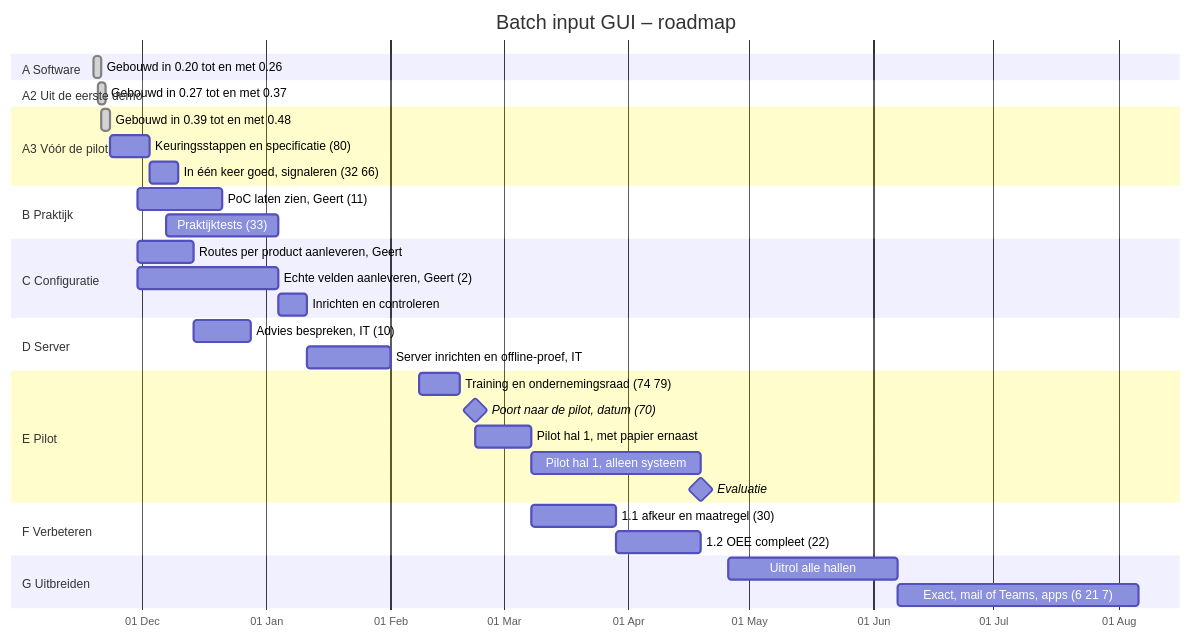
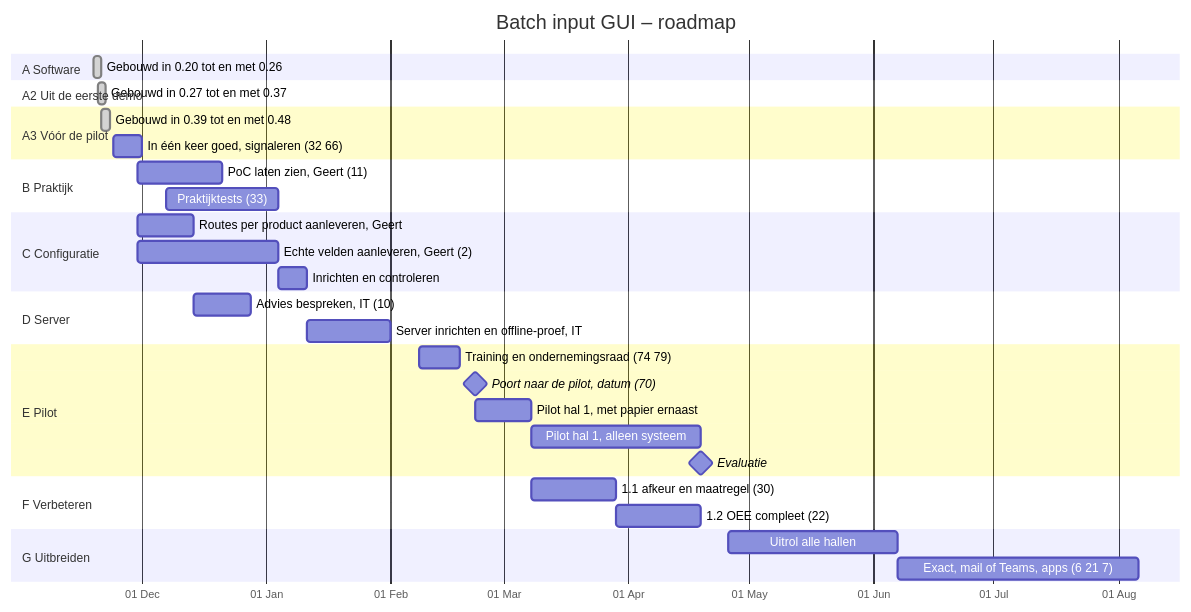
Before and after one commit to Gertjun/Manufacturing-Execution-System: the diagram in ROADMAP.md, drawn with Mermaid. The commit also changed other lines of this file and 50 other files, not shown here.

````diff
--- a/ROADMAP.md
+++ b/ROADMAP.md
@@ -12,46 +12,45 @@
 ```mermaid
 gantt
     title Batch input GUI – roadmap
     dateFormat YYYY-MM-DD
     axisFormat %d %b
     todayMarker on
 
     section A Software
     Gebouwd in 0.20 tot en met 0.26          :done, a1, 2026-11-19, 2d
 
     section A2 Uit de eerste demo
     Gebouwd in 0.27 tot en met 0.37          :done, a2, 2026-11-20, 2d
 
     section A3 Vóór de pilot
     Gebouwd in 0.39 tot en met 0.48          :done, a3a, 2026-11-21, 2d
-    Keuringsstappen en specificatie (80)     :a3c, 2026-11-23, 10d
-    In één keer goed, signaleren (32 66)     :a3b, after a3c, 7d
+    In één keer goed, signaleren (32 66)     :a3b, 2026-11-24, 7d
 
     section B Praktijk
     PoC laten zien, Geert (11)               :b1, 2026-11-30, 21d
     Praktijktests (33)                       :b2, 2026-12-07, 28d
 
     section C Configuratie
     Routes per product aanleveren, Geert     :c0, 2026-11-30, 14d
     Echte velden aanleveren, Geert (2)       :c1, 2026-11-30, 35d
     Inrichten en controleren                 :c2, after c1, 7d
 
     section D Server
     Advies bespreken, IT (10)                :d1, 2026-12-14, 14d
     Server inrichten en offline-proef, IT    :d2, 2027-01-11, 21d
 
     section E Pilot
     Training en ondernemingsraad (74 79)     :e0, 2027-02-08, 10d
     Poort naar de pilot, datum (70)          :milestone, m1, 2027-02-22, 0d
     Pilot hal 1, met papier ernaast          :e1, 2027-02-22, 14d
     Pilot hal 1, alleen systeem              :e2, after e1, 42d
     Evaluatie                                :milestone, m2, 2027-04-19, 0d
 
     section F Verbeteren
     1.1 afkeur en maatregel (30)             :f1, 2027-03-08, 21d
     1.2 OEE compleet (22)                    :f2, after f1, 21d
 
     section G Uitbreiden
     Uitrol alle hallen                       :g1, 2027-04-26, 42d
     Exact, mail of Teams, apps (6 21 7)      :g2, 2027-06-07, 60d
 ```
````
